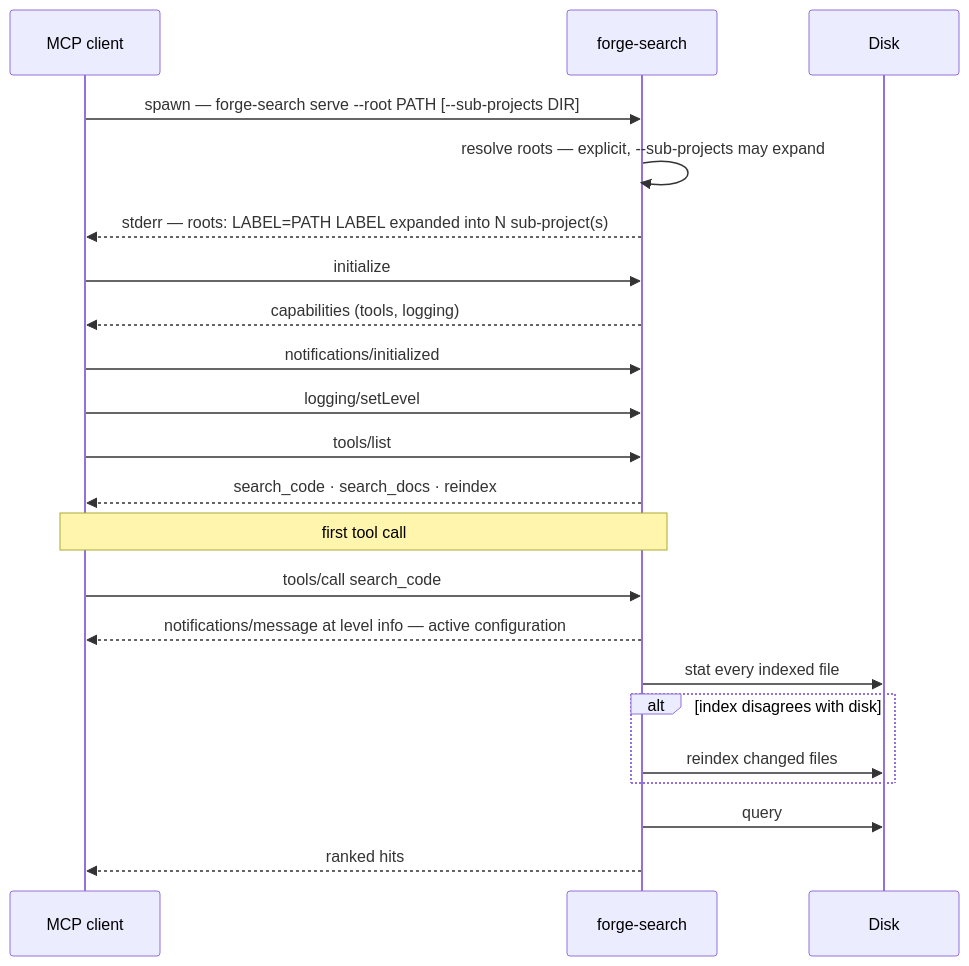
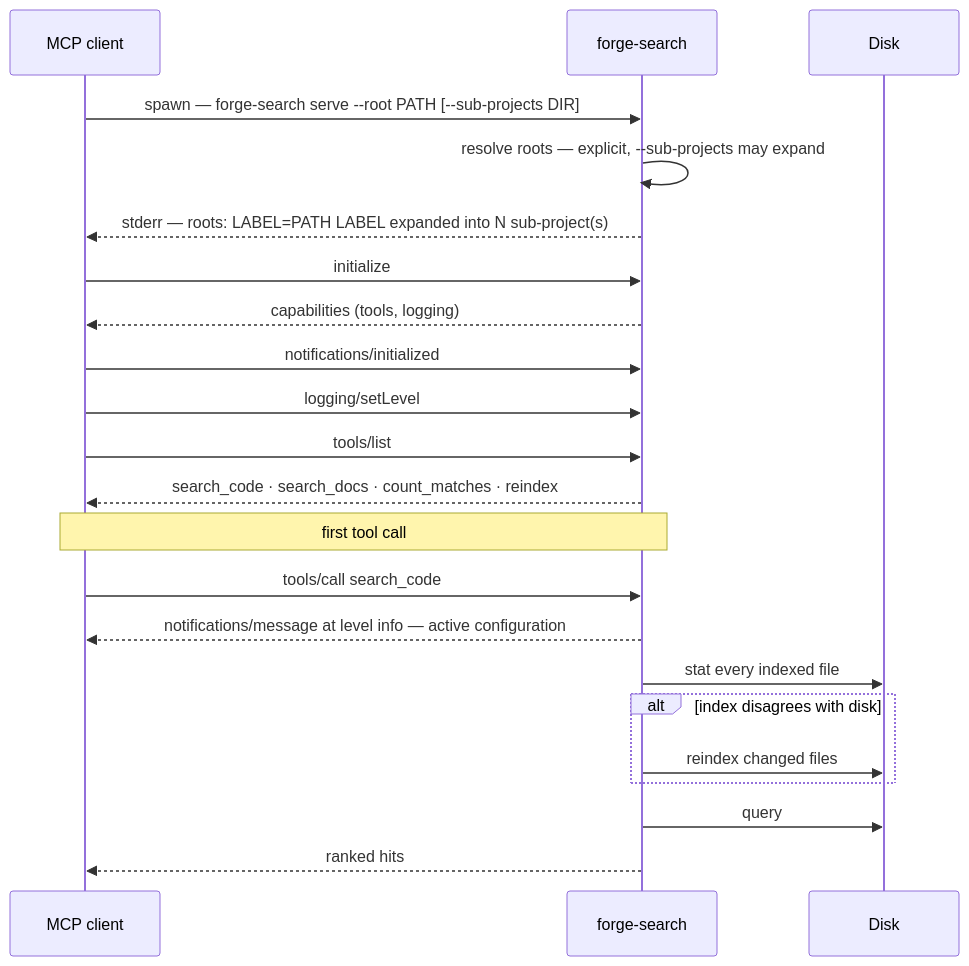
One commit to mohamed-rekiba/forge-search changed the third of 3 diagrams in docs/architecture.md. Above: the diagram before and after it, drawn with Mermaid. The commit also changed other lines of this file and 11 other files, not shown here.

First line of the commit message:
feat: count_matches — complete enumeration, priced in paths (#57)

````diff
--- a/docs/architecture.md
+++ b/docs/architecture.md
@@ -110,26 +110,26 @@
 ```mermaid
 sequenceDiagram
     participant C as MCP client
     participant S as forge-search
     participant D as Disk
 
     C->>S: spawn — forge-search serve --root PATH [--sub-projects DIR]
     S->>S: resolve roots — explicit, --sub-projects may expand
     S-->>C: stderr — roots: LABEL=PATH  LABEL expanded into N sub-project(s)
     C->>S: initialize
     S-->>C: capabilities (tools, logging)
     C->>S: notifications/initialized
     C->>S: logging/setLevel
     C->>S: tools/list
-    S-->>C: search_code · search_docs · reindex
+    S-->>C: search_code · search_docs · count_matches · reindex
 
     Note over C,S: first tool call
     C->>S: tools/call search_code
     S-->>C: notifications/message at level info — active configuration
     S->>D: stat every indexed file
     alt index disagrees with disk
         S->>D: reindex changed files
     end
     S->>D: query
     S-->>C: ranked hits
 ```
````
